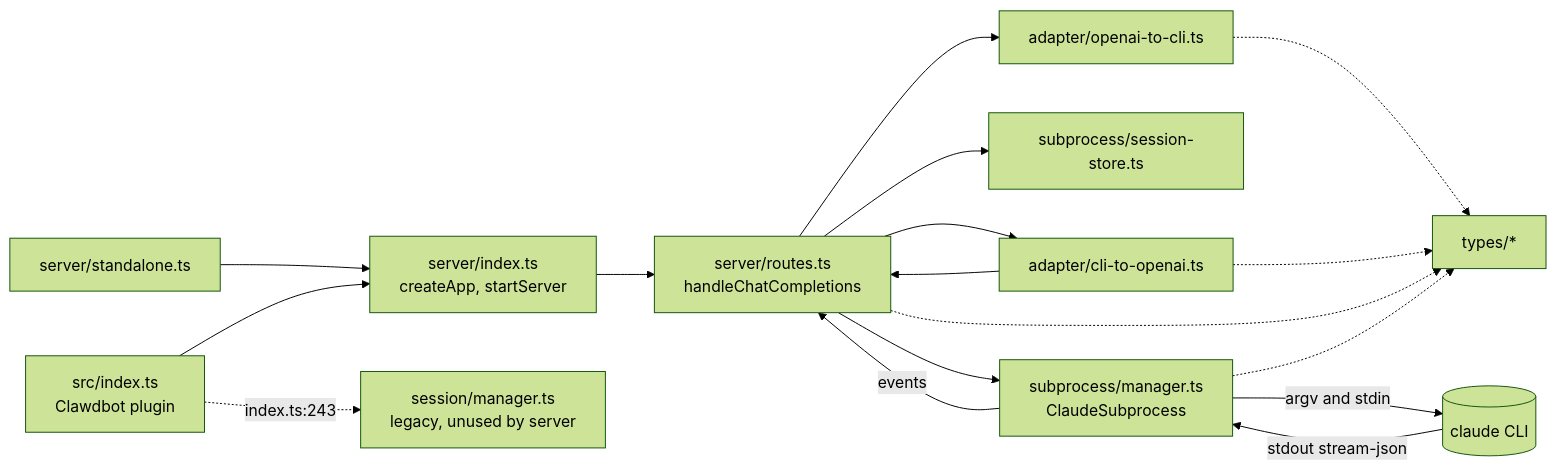
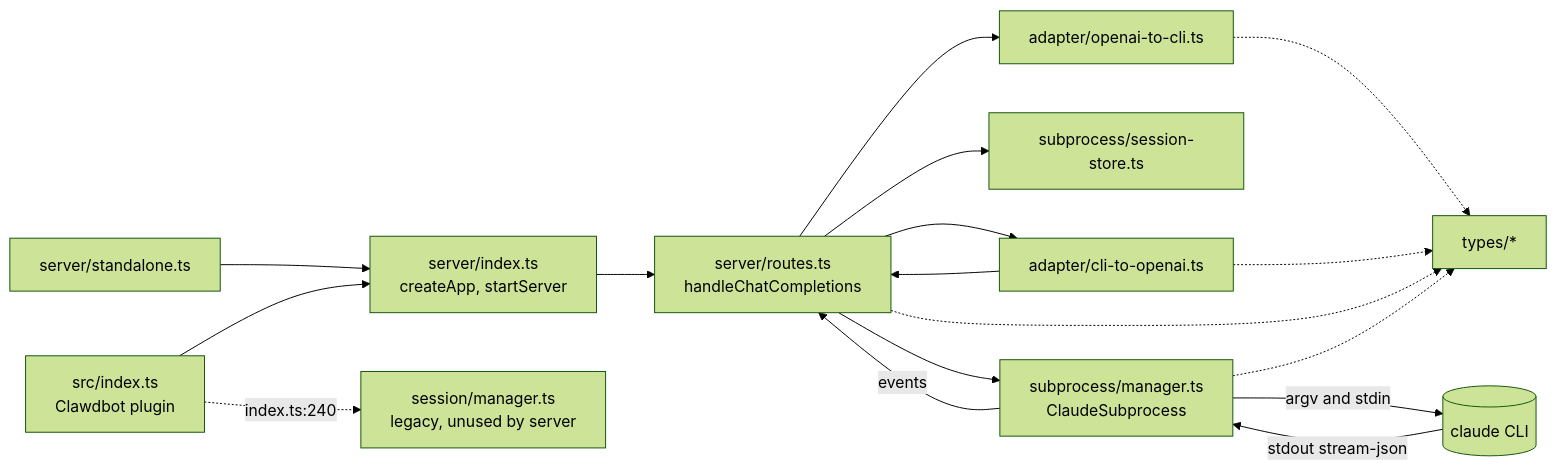
The diagram in docs/ARCHITECTURE.md (jameshskoh/claude-max-api-proxy), drawn with Mermaid (forest theme) before and after one commit. The commit also changed other lines of this file and 24 other files, not shown here.

````diff
--- a/docs/ARCHITECTURE.md
+++ b/docs/ARCHITECTURE.md
@@ -117,19 +117,19 @@
 ```mermaid
 flowchart LR
   SA[server/standalone.ts] --> IDX[server/index.ts<br/>createApp, startServer]
   PI[src/index.ts<br/>Clawdbot plugin] --> IDX
   IDX --> RT[server/routes.ts<br/>handleChatCompletions]
   RT --> OC[adapter/openai-to-cli.ts]
   RT --> SS[subprocess/session-store.ts]
   RT --> SP[subprocess/manager.ts<br/>ClaudeSubprocess]
   SP -->|argv and stdin| CLI[(claude CLI)]
   CLI -->|stdout stream-json| SP
   SP -->|events| RT
   RT --> CO[adapter/cli-to-openai.ts]
   CO --> RT
   OC -.-> TY[types/*]
   CO -.-> TY
   RT -.-> TY
   SP -.-> TY
-  PI -.->|index.ts:243| LEG[session/manager.ts<br/>legacy, unused by server]
+  PI -.->|index.ts:240| LEG[session/manager.ts<br/>legacy, unused by server]
 ```
````
